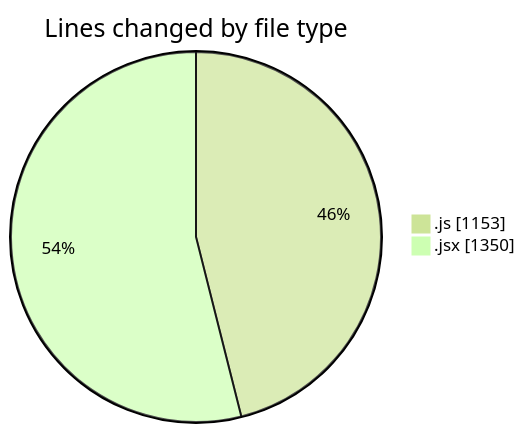
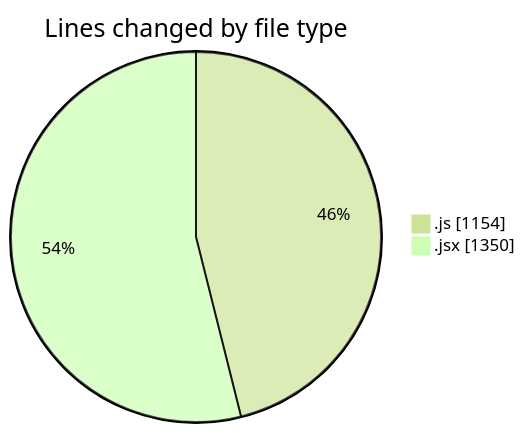
The first of 2 diagrams in 2025-09-19/nxtqube_webapp/README.md (nxtqubesakshisongat/code-tracking), drawn with Mermaid (forest theme) before and after one commit. The commit also changed other lines of this file and 1 other file, not shown here.

````diff
--- a/2025-09-19/nxtqube_webapp/README.md
+++ b/2025-09-19/nxtqube_webapp/README.md
@@ -23,6 +23,6 @@
 ```mermaid
 pie showData
 title Lines changed by file type
-".js" : 1153
+".js" : 1154
 ".jsx" : 1350
 ```
````
